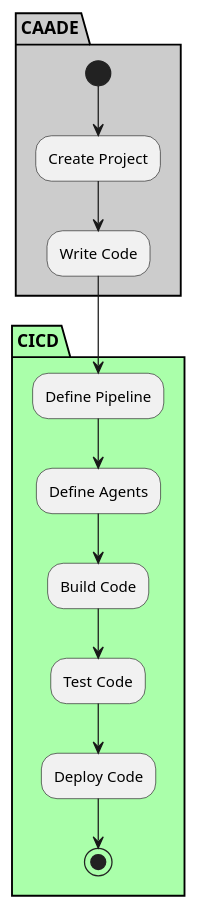
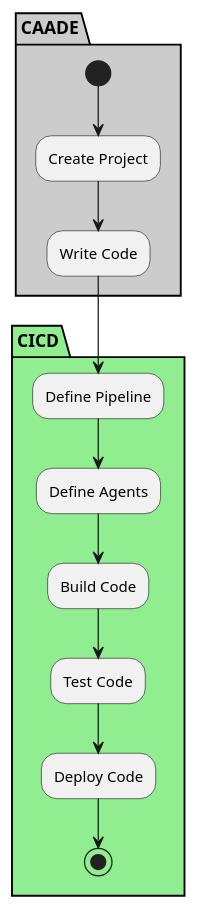
Before and after one commit to CAADE/CAADE: the diagram in docs/Solution/CICD/Process.puml, drawn with PlantUML. The commit also changed 487 other files, not shown here.

```diff
--- a/docs/Solution/CICD/Process.puml
+++ b/docs/Solution/CICD/Process.puml
@@ -1,17 +1,17 @@
 @startuml
 
 partition CAADE  #cccccc {
   (*) --> "Create Project"
   --> "Write Code"
 }
 
-partition "CICD" #aaffaa {
+partition "CICD" #lightgreen {
   "Write Code" --> "Define Pipeline"
   "Define Pipeline" --> "Define Agents"
   "Define Agents" --> "Build Code"
   "Build Code" --> "Test Code"
   "Test Code" --> "Deploy Code"
   "Deploy Code" --> (*)
 }
 
 @enduml
```
